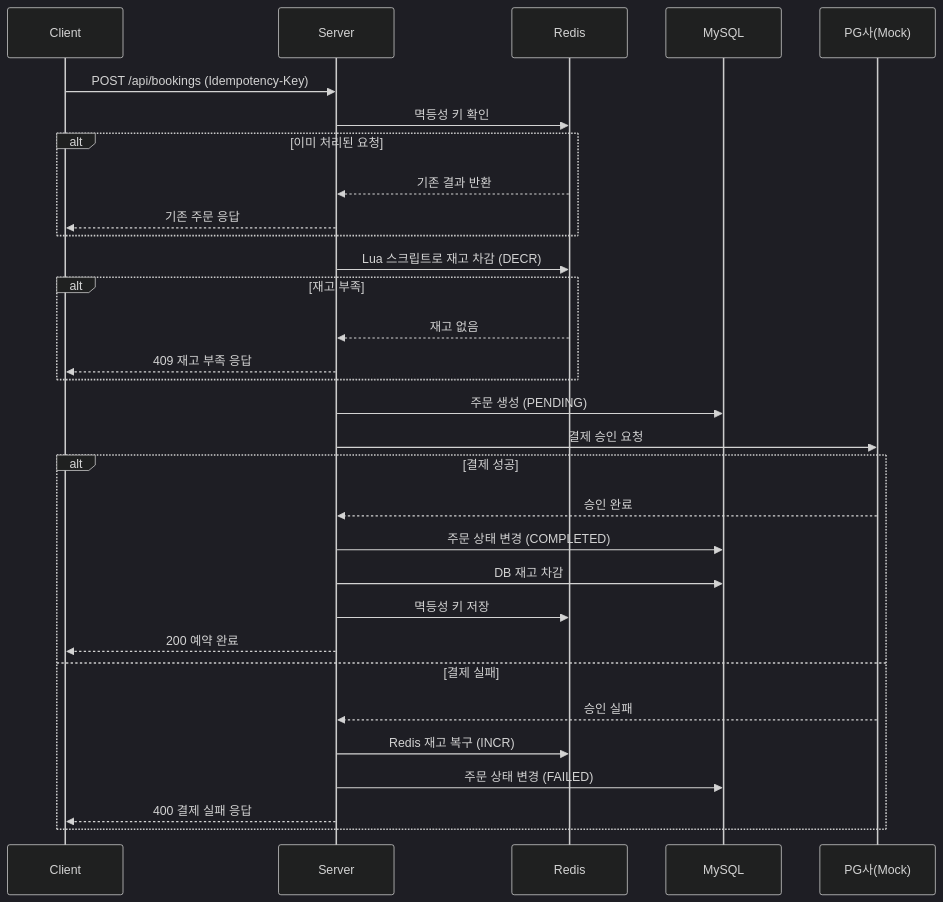
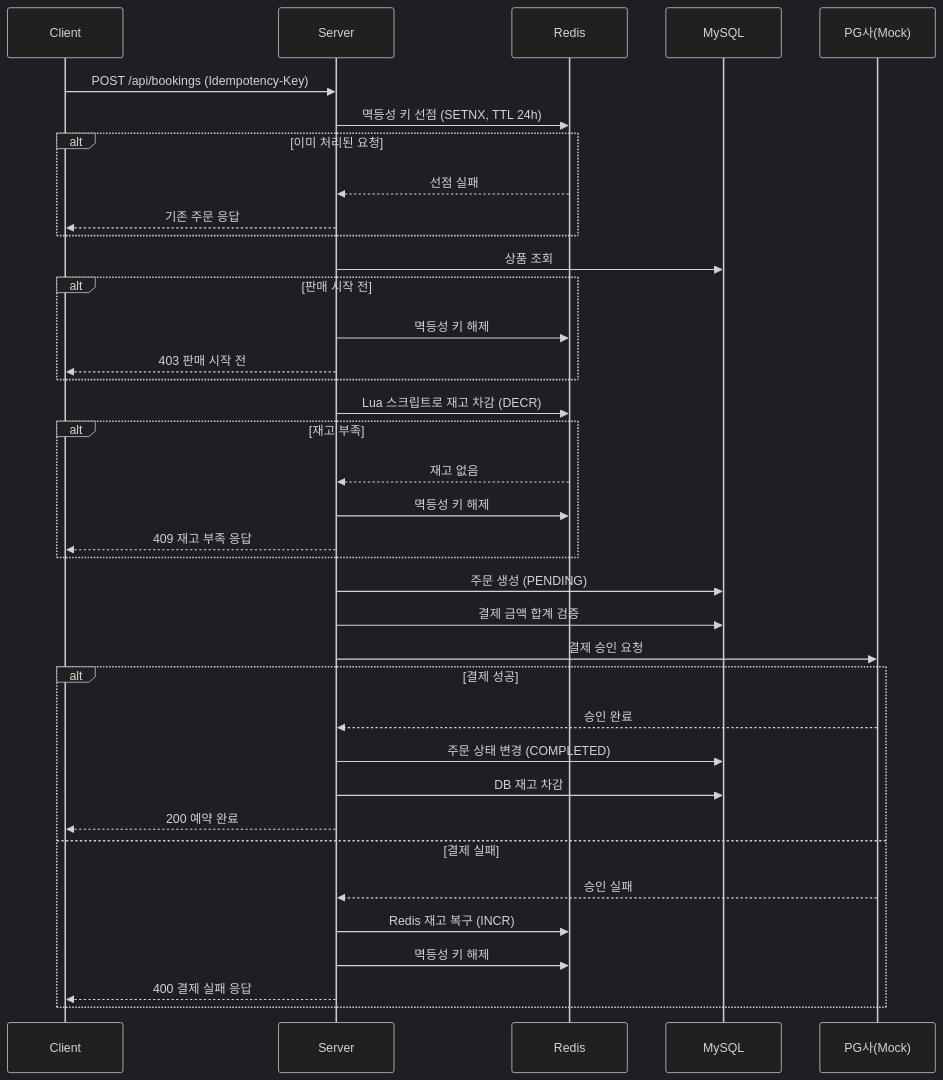
The third of 4 diagrams in README.md (hyunmin0317/reservation-payment-platform), drawn with Mermaid (dark theme) before and after one commit. The commit also changed other lines of this file and 3 other files, not shown here.

````diff
--- a/README.md
+++ b/README.md
@@ -316,40 +320,48 @@
 ```mermaid
 sequenceDiagram
     participant C as Client
     participant S as Server
     participant R as Redis
     participant DB as MySQL
     participant PG as PG사(Mock)
 
     C->>S: POST /api/bookings (Idempotency-Key)
 
-    %% 멱등성 체크
-    S->>R: 멱등성 키 확인
+    %% 멱등성 체크 (SETNX)
+    S->>R: 멱등성 키 선점 (SETNX, TTL 24h)
     alt 이미 처리된 요청
-        R-->>S: 기존 결과 반환
+        R-->>S: 선점 실패
         S-->>C: 기존 주문 응답
+    end
+
+    %% 오픈 시간 검증
+    S->>DB: 상품 조회
+    alt 판매 시작 전
+        S->>R: 멱등성 키 해제
+        S-->>C: 403 판매 시작 전
     end
 
     %% 재고 차감
     S->>R: Lua 스크립트로 재고 차감 (DECR)
     alt 재고 부족
         R-->>S: 재고 없음
+        S->>R: 멱등성 키 해제
         S-->>C: 409 재고 부족 응답
     end
 
     %% 결제 처리
     S->>DB: 주문 생성 (PENDING)
+    S->>DB: 결제 금액 합계 검증
     S->>PG: 결제 승인 요청
     alt 결제 성공
         PG-->>S: 승인 완료
         S->>DB: 주문 상태 변경 (COMPLETED)
         S->>DB: DB 재고 차감
-        S->>R: 멱등성 키 저장
         S-->>C: 200 예약 완료
     else 결제 실패
         PG-->>S: 승인 실패
         S->>R: Redis 재고 복구 (INCR)
-        S->>DB: 주문 상태 변경 (FAILED)
+        S->>R: 멱등성 키 해제
         S-->>C: 400 결제 실패 응답
     end
 ```
````
